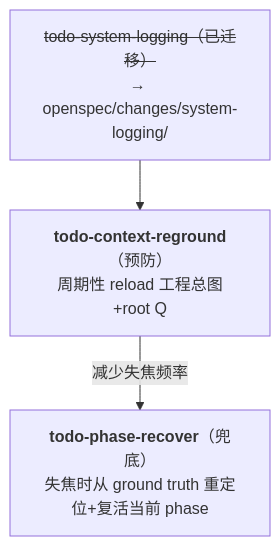
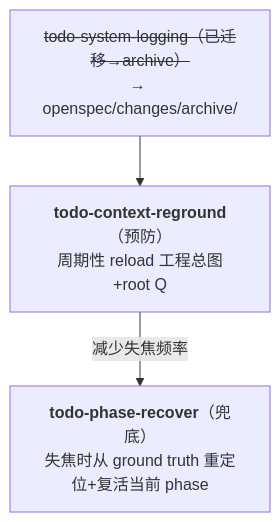
One commit to ethan-jiang-1/ai_tool_deepresearch changed the second of 3 diagrams in _backlog/todos/README.md. Above: the diagram before and after it, drawn with Mermaid. The commit also changed other lines of this file and 8 other files, not shown here.

````diff
--- a/_backlog/todos/README.md
+++ b/_backlog/todos/README.md
@@ -90,8 +89,8 @@
 ```mermaid
 flowchart TB
-    SL["<del>todo-system-logging（已迁移）</del><br/>→ openspec/changes/system-logging/"]
+    SL["<del>todo-system-logging（已迁移→archive）</del><br/>→ openspec/changes/archive/"]
     CR["<b>todo-context-reground</b>（预防）<br/>周期性 reload 工程总图+root Q"]
     PR["<b>todo-phase-recover</b>（兜底）<br/>失焦时从 ground truth 重定位+复活当前 phase"]
     SL --> CR
     CR -- "减少失焦频率" --> PR
 ```
````
